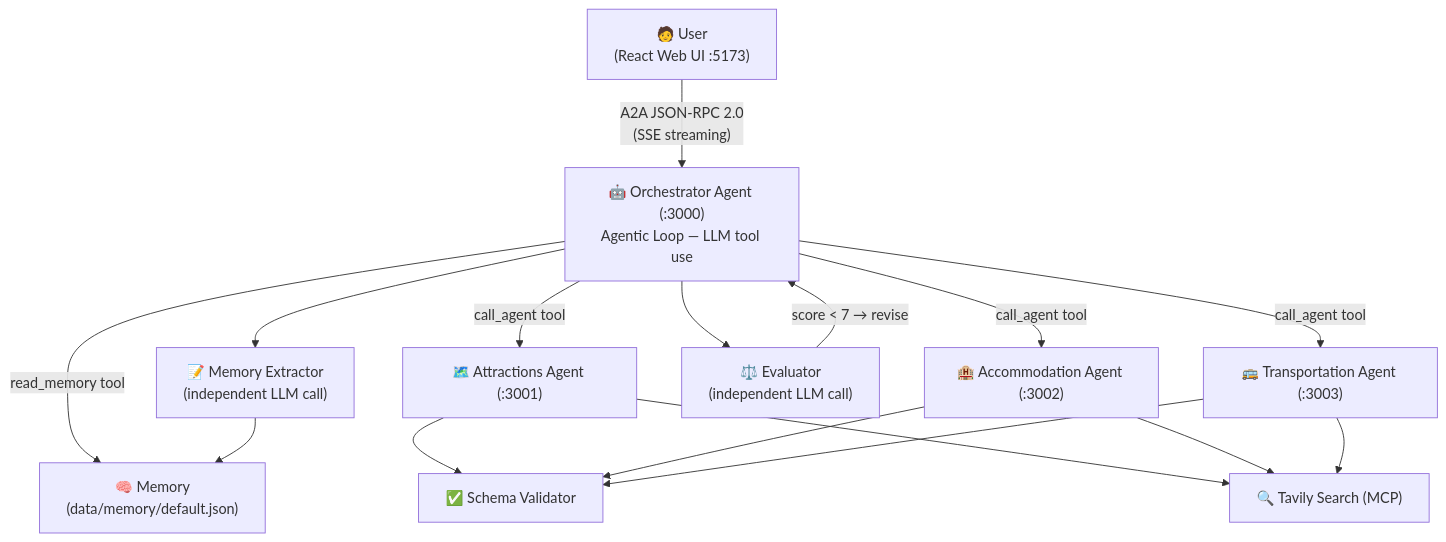
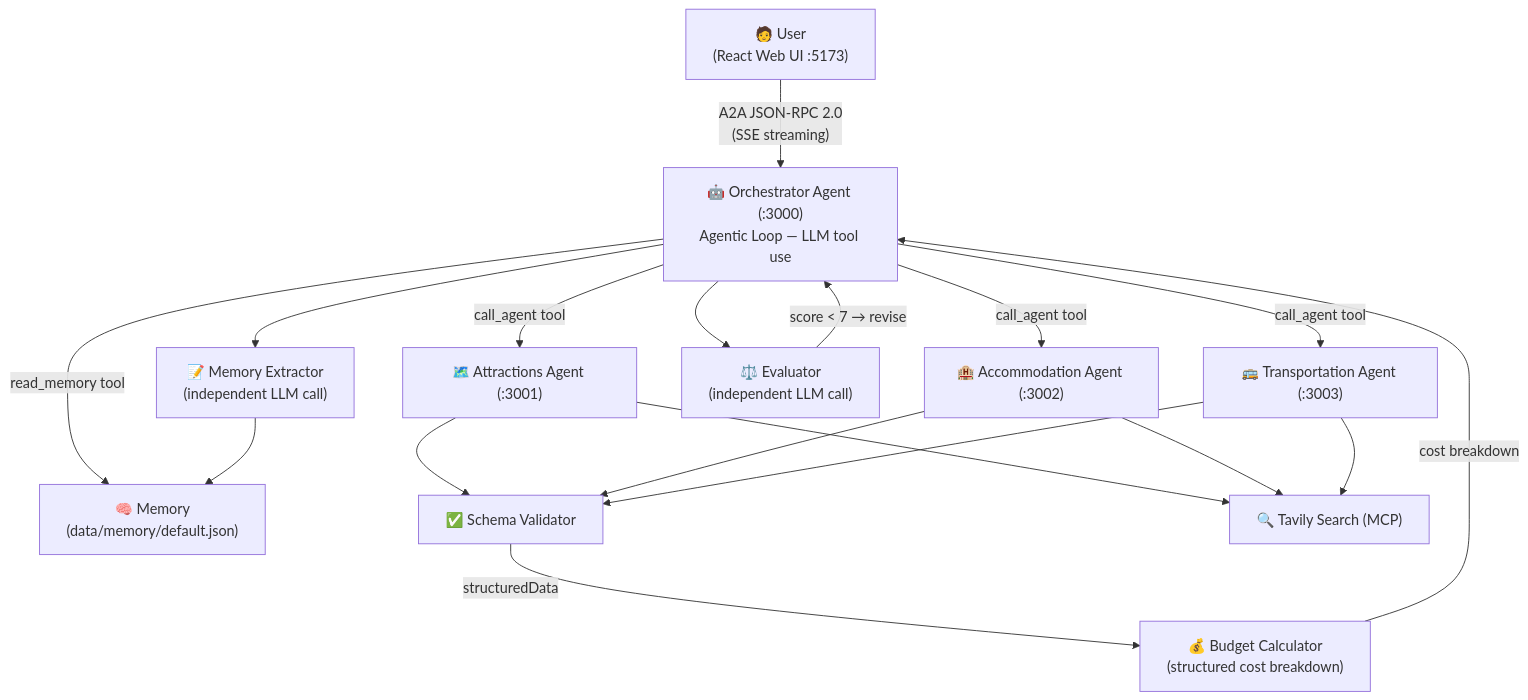
The diagram in README.md (Pin-Han/travel-agent-coordinator), drawn with Mermaid before and after one commit. The commit also changed other lines of this file, not shown here.

First line of the commit message:
docs: update README for Phase 11 budget calculation

````diff
--- a/README.md
+++ b/README.md
@@ -7,29 +7,32 @@
 ```mermaid
 graph TD
     User["🧑 User\n(React Web UI :5173)"]
     Coord["🤖 Orchestrator Agent (:3000)\nAgentic Loop — LLM tool use"]
     Mem["🧠 Memory\n(data/memory/default.json)"]
     Attr["🗺️ Attractions Agent (:3001)"]
     Accom["🏨 Accommodation Agent (:3002)"]
     Trans["🚌 Transportation Agent (:3003)"]
     Eval["⚖️ Evaluator\n(independent LLM call)"]
     MemExt["📝 Memory Extractor\n(independent LLM call)"]
     Schema["✅ Schema Validator"]
+    Budget["💰 Budget Calculator\n(structured cost breakdown)"]
     Tavily["🔍 Tavily Search (MCP)"]
 
     User -->|"A2A JSON-RPC 2.0\n(SSE streaming)"| Coord
     Coord -->|"read_memory tool"| Mem
     Coord -->|"call_agent tool"| Attr
     Coord -->|"call_agent tool"| Accom
     Coord -->|"call_agent tool"| Trans
     Attr --> Schema
     Accom --> Schema
     Trans --> Schema
     Attr --> Tavily
     Accom --> Tavily
     Trans --> Tavily
     Coord --> Eval
     Eval -->|"score < 7 → revise"| Coord
+    Schema -->|"structuredData"| Budget
+    Budget -->|"cost breakdown"| Coord
     Coord --> MemExt
     MemExt --> Mem
 ```
````
